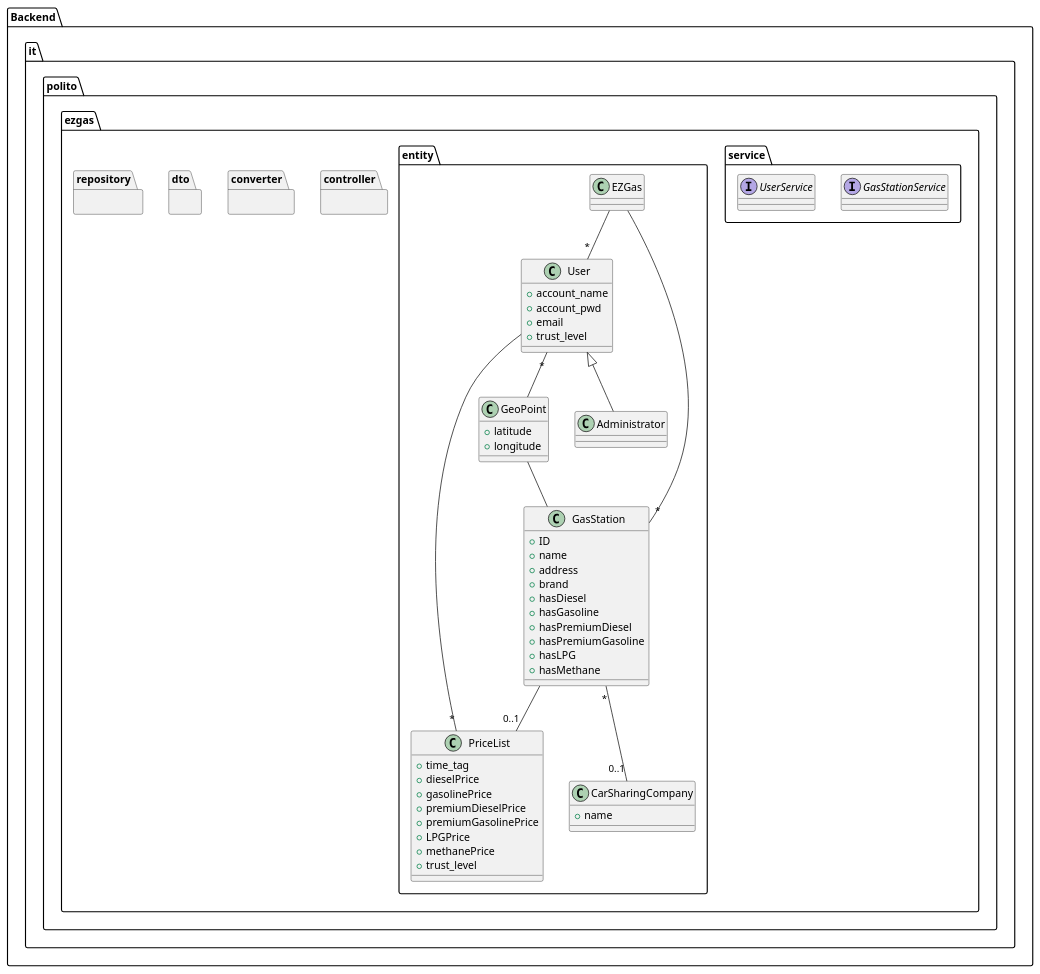
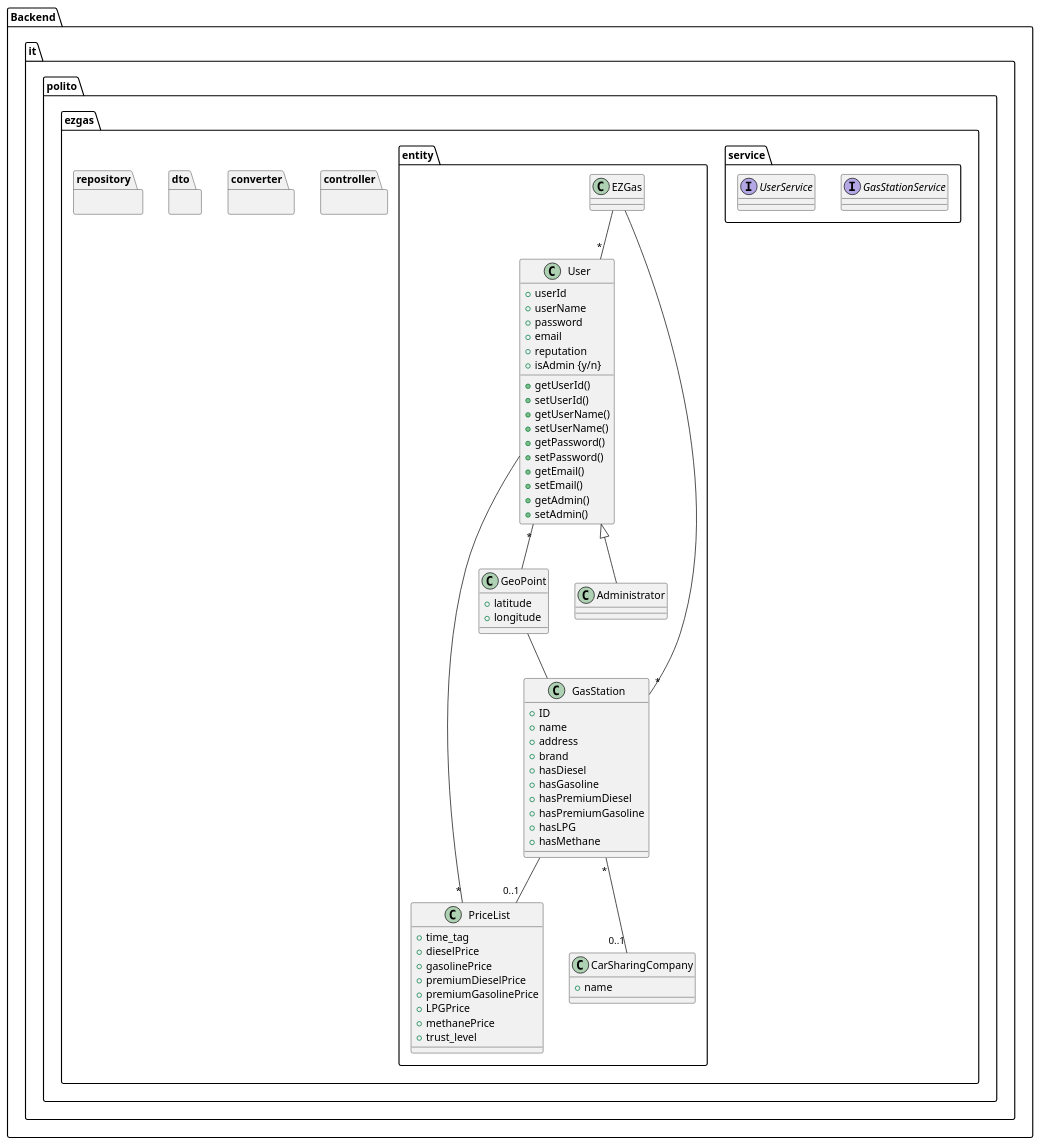
Before and after one commit to e-caste/SoftEng-EZGas: the fourth of 4 diagrams in docs/DesignDocument.md, drawn with PlantUML.

Commit message:
edit User class in Entity based on given code

```diff
--- a/docs/DesignDocument.md
+++ b/docs/DesignDocument.md
@@ -243,15 +243,23 @@
     }
     
     package "it.polito.ezgas.entity" {
-        class EZGas {
-        
-        }
-        
         class User {
-         + account_name
-         + account_pwd
+         + userId
+         + userName
+         + password
          + email
-         + trust_level
+         + reputation
+         + isAdmin {y/n}
+            + getUserId()
+            + setUserId()
+            + getUserName()
+            + setUserName()
+            + getPassword()
+            + setPassword()
+            + getEmail()
+            + setEmail()
+            + getAdmin()
+            + setAdmin()
         }
         
         class Administrator {
```
